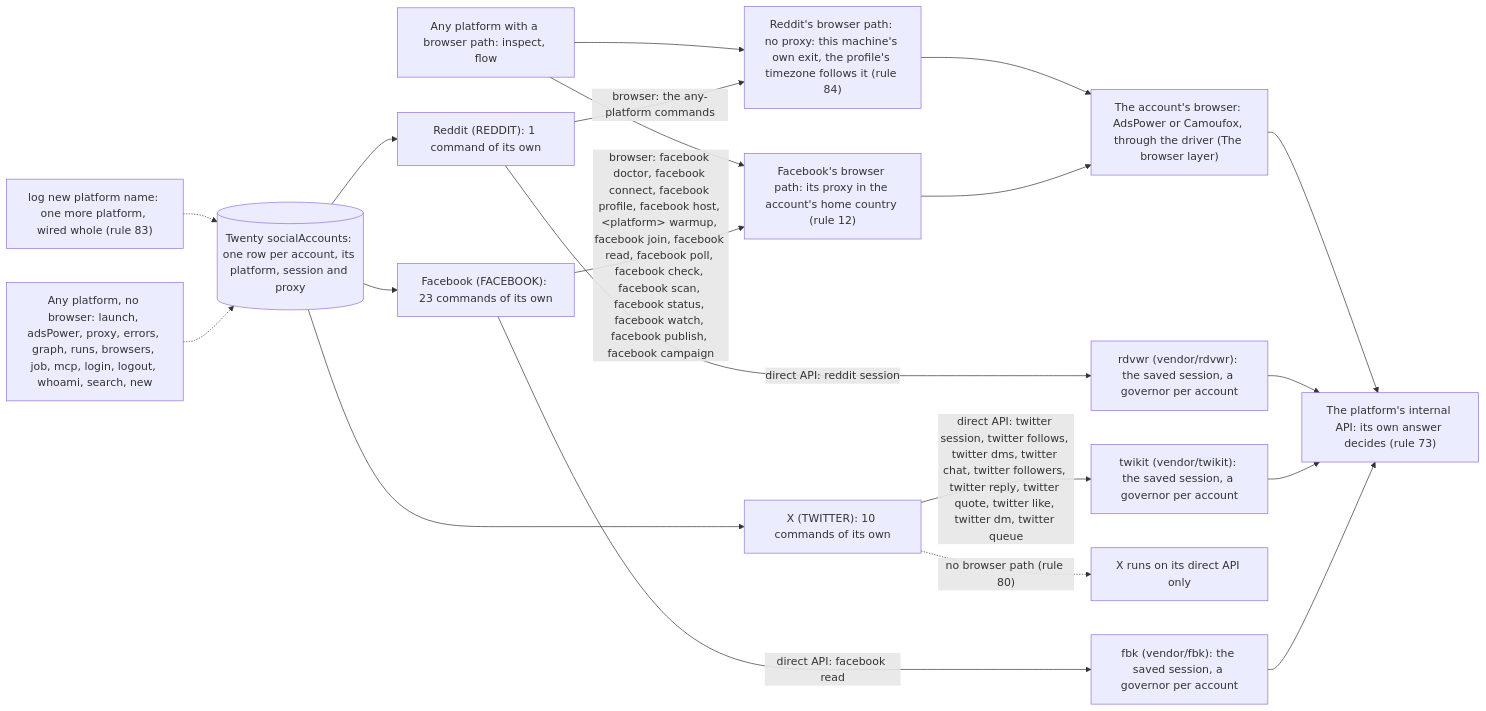
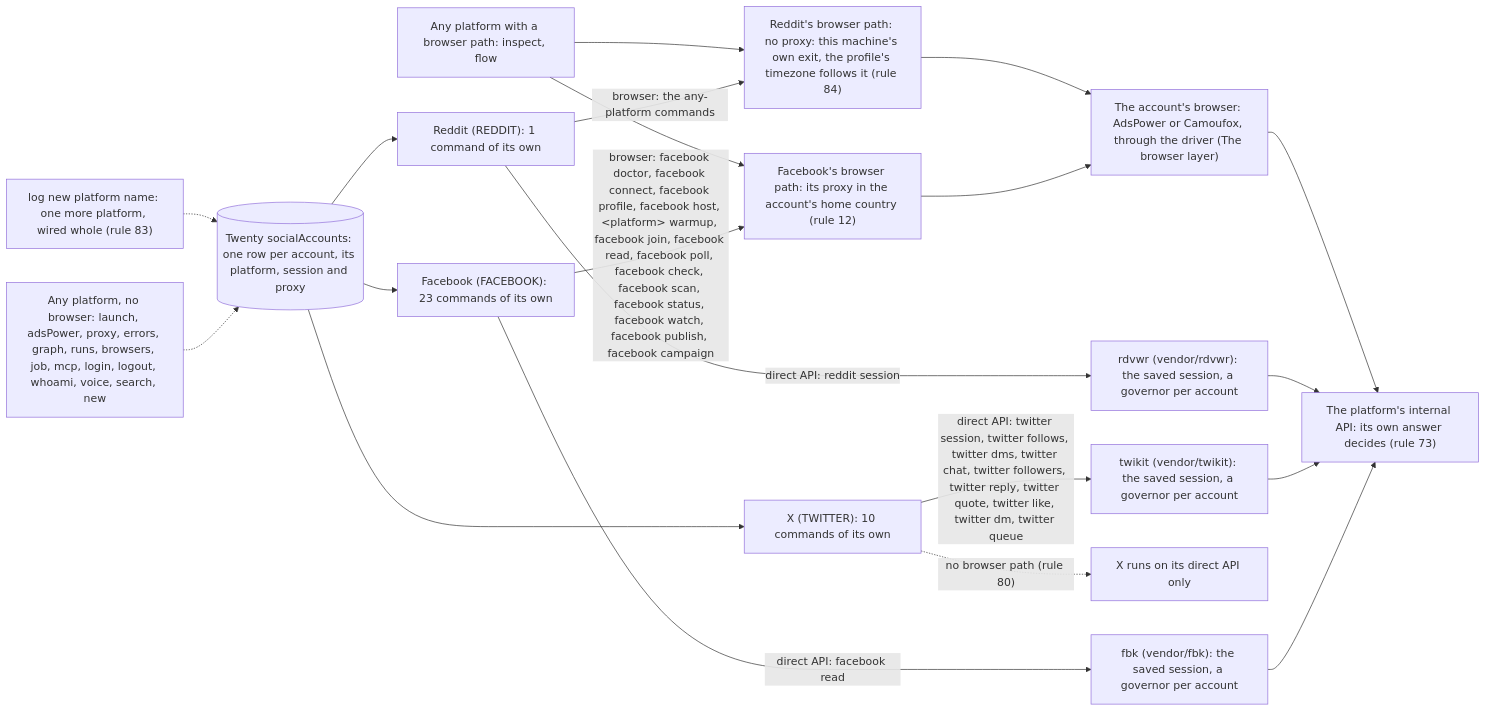
One commit to matthewdonsemail-lab/log changed the first of 6 diagrams in README.md. Above: the diagram before and after it, drawn with Mermaid. The commit also changed other lines of this file and 33 other files, not shown here.

First line of the commit message:
feat(twitter): X Chat by push over chat-ws.x.com, not polling; the inbox hook runs off it; log voice gates drafts

````diff
--- a/README.md
+++ b/README.md
@@ -126,30 +126,30 @@
 ```mermaid
 flowchart LR
   twenty[("Twenty socialAccounts: one row per account, its platform, session and proxy")]
   api["The platform's internal API: its own answer decides (rule 73)"]
   drivers["The account's browser: AdsPower or Camoufox, through the driver (The browser layer)"]
   p_facebook["Facebook (FACEBOOK): 23 commands of its own"]
   twenty --> p_facebook
   p_facebook -->|"direct API: facebook read"| e_fbk["fbk (vendor/fbk): the saved session, a governor per account"]
   e_fbk --> api
   p_facebook -->|"browser: facebook doctor, facebook connect, facebook profile, facebook host, #lt;platform#gt; warmup, facebook join, facebook read, facebook poll, facebook check, facebook scan, facebook status, facebook watch, facebook publish, facebook campaign"| b_facebook["Facebook's browser path: its proxy in the account's home country (rule 12)"]
   b_facebook --> drivers
   p_twitter["X (TWITTER): 10 commands of its own"]
   twenty --> p_twitter
   p_twitter -->|"direct API: twitter session, twitter follows, twitter dms, twitter chat, twitter followers, twitter reply, twitter quote, twitter like, twitter dm, twitter queue"| e_twikit["twikit (vendor/twikit): the saved session, a governor per account"]
   e_twikit --> api
   p_twitter -.->|"no browser path (rule 80)"| nob_twitter["X runs on its direct API only"]
   p_reddit["Reddit (REDDIT): 1 command of its own"]
   twenty --> p_reddit
   p_reddit -->|"direct API: reddit session"| e_rdvwr["rdvwr (vendor/rdvwr): the saved session, a governor per account"]
   e_rdvwr --> api
   p_reddit -->|"browser: the any-platform commands"| b_reddit["Reddit's browser path: no proxy: this machine's own exit, the profile's timezone follows it (rule 84)"]
   b_reddit --> drivers
   anyB["Any platform with a browser path: inspect, flow"]
   anyB --> b_facebook
   anyB --> b_reddit
-  anyN["Any platform, no browser: launch, adsPower, proxy, errors, graph, runs, browsers, job, mcp, login, logout, whoami, search, new"]
+  anyN["Any platform, no browser: launch, adsPower, proxy, errors, graph, runs, browsers, job, mcp, login, logout, whoami, voice, search, new"]
   anyN -.-> twenty
   newP["log new platform name: one more platform, wired whole (rule 83)"] -.-> twenty
   drivers --> api
 ```
````
